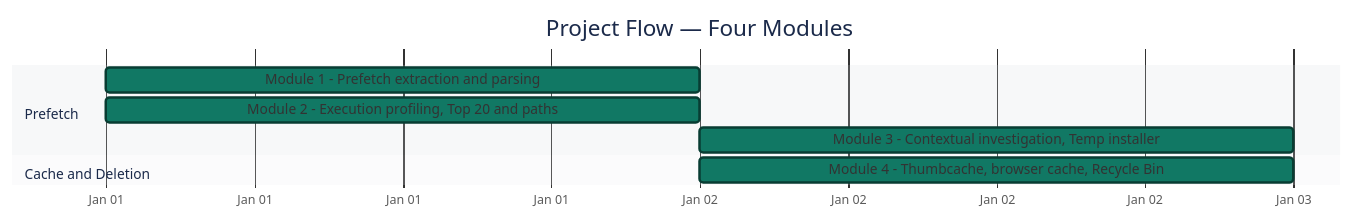
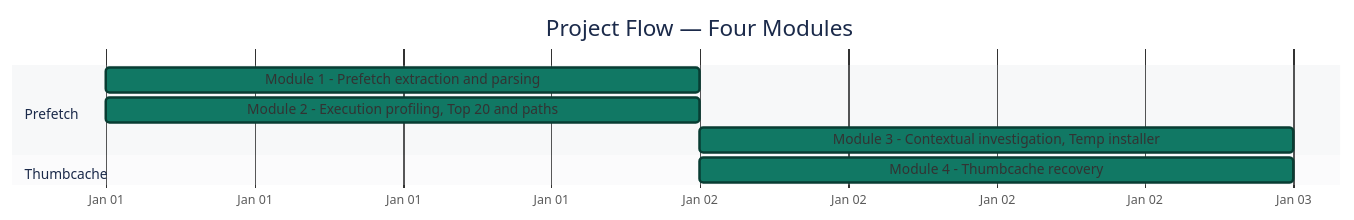
Before and after one commit to malaika-azhar/Cybersecurity-Lab-Projects: the first of 3 diagrams in 3-Advanced-Cyber-Projects/project-16-windows-artifacts-prefetch/README.md, drawn with Mermaid. The commit also changed other lines of this file, not shown here.

````diff
--- a/3-Advanced-Cyber-Projects/project-16-windows-artifacts-prefetch/README.md
+++ b/3-Advanced-Cyber-Projects/project-16-windows-artifacts-prefetch/README.md
@@ -91,19 +84,19 @@
 ```mermaid
 %%{init: { 'theme': 'base', 'themeVariables': {
   'doneTaskBkgColor':'#117864', 'doneTaskBorderColor':'#083D33',
   'sectionBkgColor':'#D6DBDF', 'altSectionBkgColor':'#EAECEE',
   'taskTextColor':'#FFFFFF', 'taskTextOutsideColor':'#1B2631',
   'taskTextLightColor':'#FFFFFF',
   'titleColor':'#1B2A4A', 'fontSize':'18px'
 }}}%%
 gantt
     title Project Flow — Four Modules
     dateFormat YYYY-MM-DD
     axisFormat %b %d
     section Prefetch
     Module 1 - Prefetch extraction and parsing        :done, 2026-01-01, 1d
     Module 2 - Execution profiling, Top 20 and paths   :done, 2026-01-01, 1d
     Module 3 - Contextual investigation, Temp installer :done, 2026-01-02, 1d
-    section Cache and Deletion
-    Module 4 - Thumbcache, browser cache, Recycle Bin  :done, 2026-01-02, 1d
+    section Thumbcache
+    Module 4 - Thumbcache recovery                     :done, 2026-01-02, 1d
 ```
````
